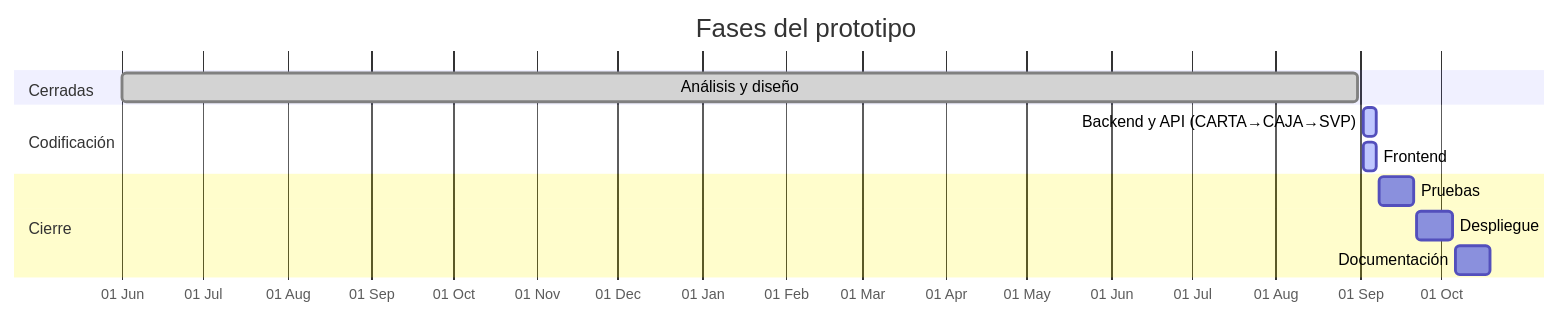
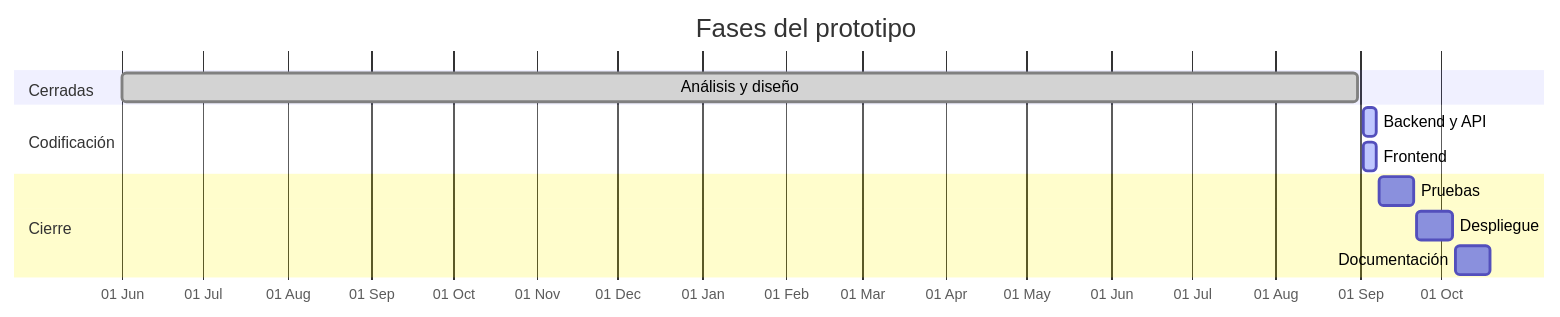
Before and after one commit to Lain-Ramirez/Menu08: the seventh of 7 diagrams in README.md, drawn with Mermaid. The commit also changed other lines of this file and 3 other files, not shown here.

````diff
--- a/README.md
+++ b/README.md
@@ -319,15 +356,15 @@
 ```mermaid
 gantt
     title Fases del prototipo
     dateFormat YYYY-MM-DD
     axisFormat %d %b
     section Cerradas
-    Análisis y diseño            :done, dis, 2025-06-01, 2026-08-31
+    Análisis y diseño :done, dis, 2025-06-01, 2026-08-31
     section Codificación
-    Backend y API (CARTA→CAJA→SVP) :active, be, 2026-09-02, 2026-09-07
-    Frontend                       :active, fe, 2026-09-02, 2026-09-07
+    Backend y API :active, be, 2026-09-02, 2026-09-07
+    Frontend :active, fe, 2026-09-02, 2026-09-07
     section Cierre
-    Pruebas                      :pr, 2026-09-08, 2026-09-21
-    Despliegue                   :de, 2026-09-22, 2026-10-05
-    Documentación                :do, 2026-10-06, 2026-10-19
+    Pruebas :pr, 2026-09-08, 2026-09-21
+    Despliegue :de, 2026-09-22, 2026-10-05
+    Documentación :do, 2026-10-06, 2026-10-19
 ```
````
